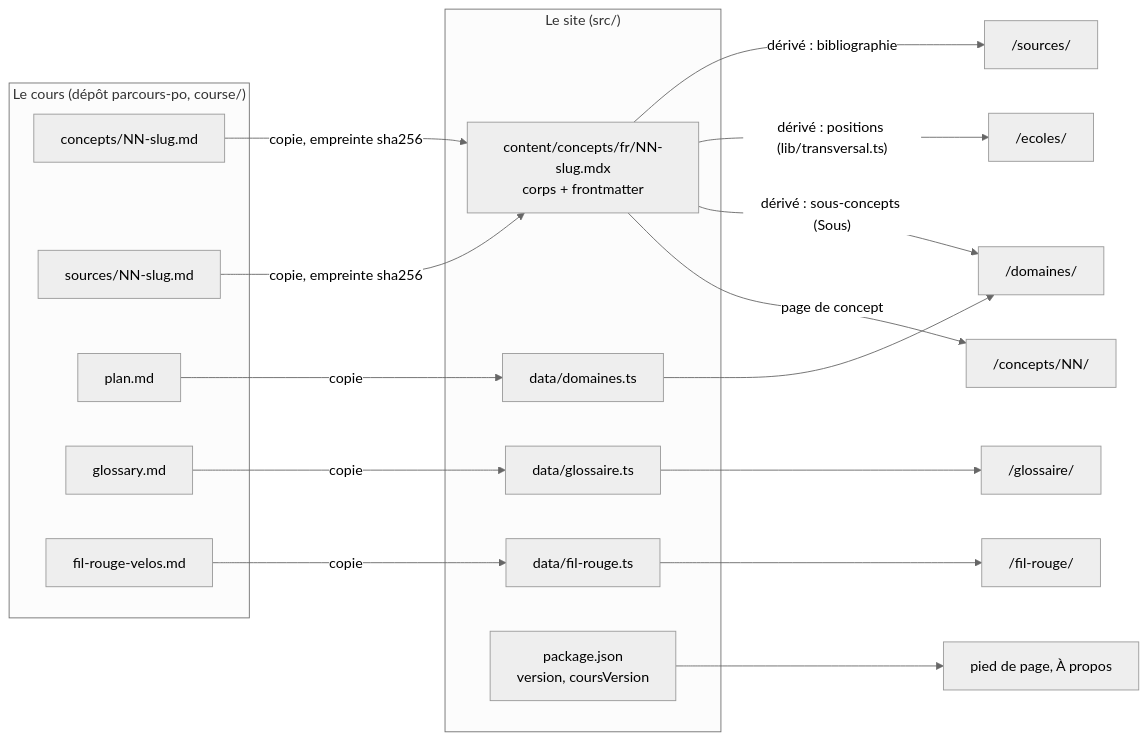
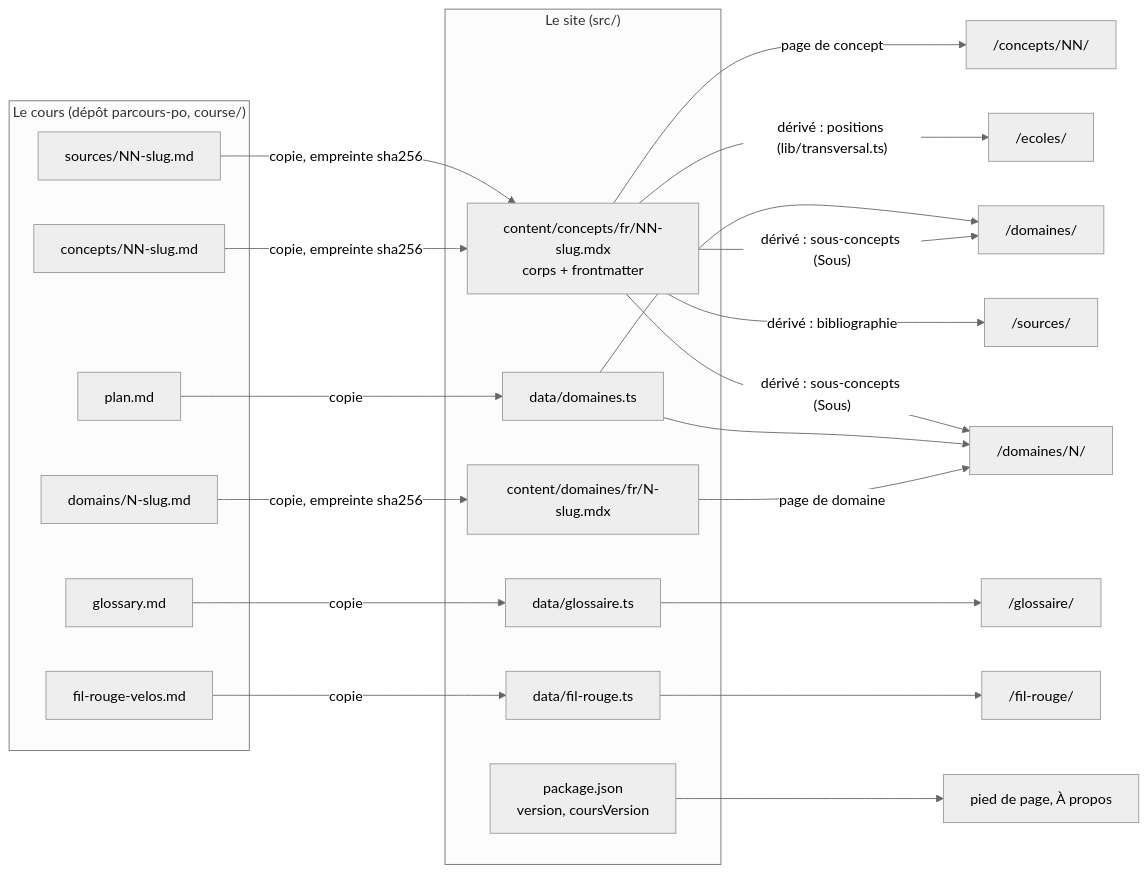
The diagram in docs/data-map.md (sebvey/parcours-po-website), drawn with Mermaid (neutral theme) before and after one commit. The commit also changed other lines of this file and 45 other files, not shown here.

First line of the commit message:
T-071b : Insérer une page par domaine dans la lecture du site (#16)

````diff
--- a/docs/data-map.md
+++ b/docs/data-map.md
@@ -10,30 +10,36 @@
 ```mermaid
 flowchart LR
     subgraph cours["Le cours (dépôt parcours-po, course/)"]
         CF["concepts/NN-slug.md"]
         CS["sources/NN-slug.md"]
+        CD["domains/N-slug.md"]
         CP["plan.md"]
         CG["glossary.md"]
         CR["fil-rouge-velos.md"]
     end
     subgraph site["Le site (src/)"]
         MDX["content/concepts/fr/NN-slug.mdx<br/>corps + frontmatter"]
+        DMX["content/domaines/fr/N-slug.mdx"]
         DOM["data/domaines.ts"]
         GLO["data/glossaire.ts"]
         FR["data/fil-rouge.ts"]
         PKG["package.json<br/>version, coursVersion"]
     end
     CF -- "copie, empreinte sha256" --> MDX
     CS -- "copie, empreinte sha256" --> MDX
+    CD -- "copie, empreinte sha256" --> DMX
     CP -- copie --> DOM
     CG -- copie --> GLO
     CR -- copie --> FR
     MDX -- "page de concept" --> P1["/concepts/NN/"]
     MDX -- "dérivé : sous-concepts (Sous)" --> P2["/domaines/"]
     DOM --> P2
+    DMX -- "page de domaine" --> P8["/domaines/N/"]
+    DOM --> P8
+    MDX -- "dérivé : sous-concepts (Sous)" --> P8
     MDX -- "dérivé : positions (lib/transversal.ts)" --> P3["/ecoles/"]
     MDX -- "dérivé : bibliographie" --> P4["/sources/"]
     GLO --> P5["/glossaire/"]
     FR --> P6["/fil-rouge/"]
     PKG --> P7["pied de page, À propos"]
 ```
````
